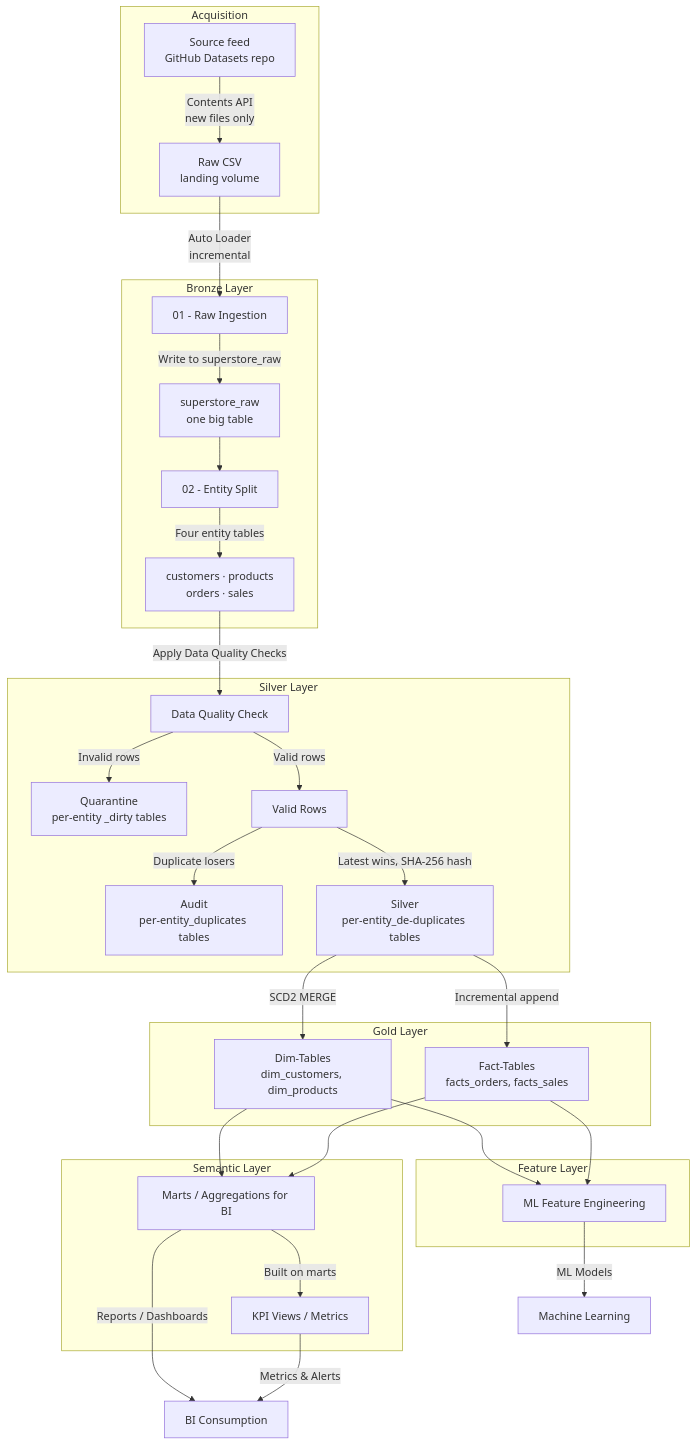
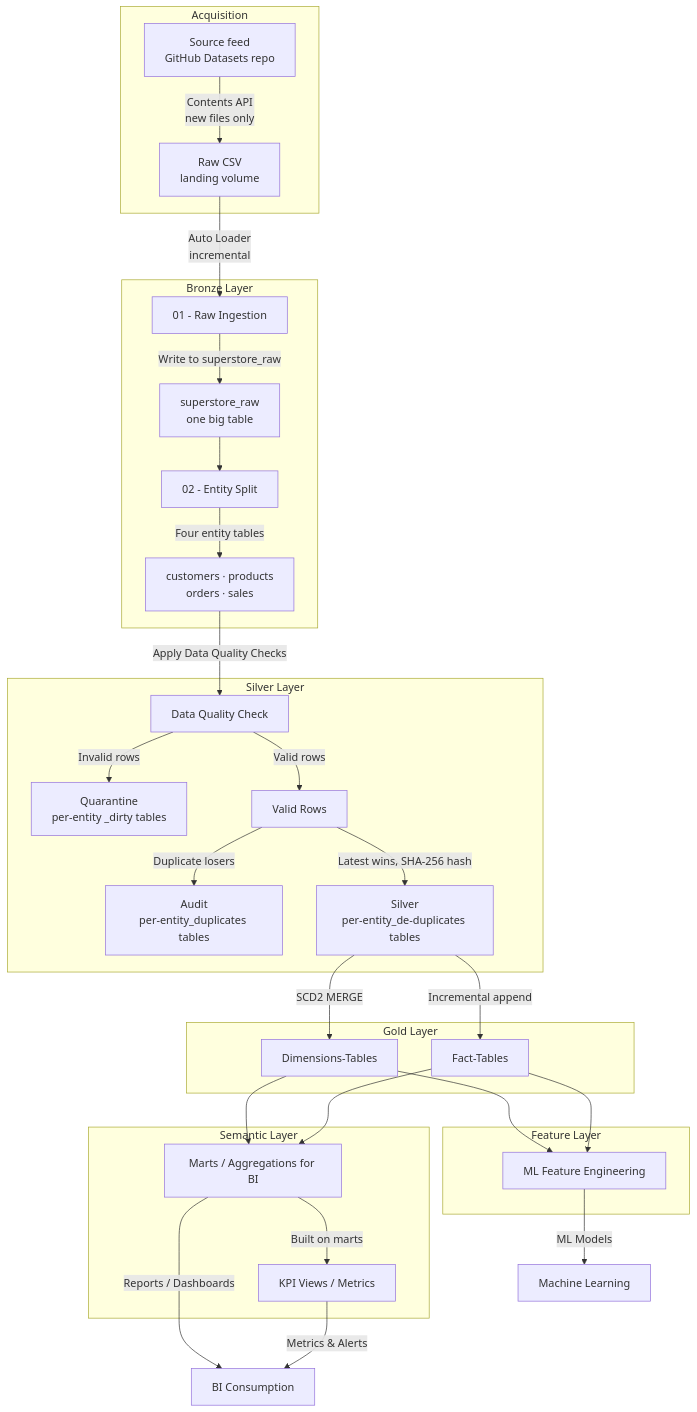
One commit to 111BM/databricks-lakehouse-platform changed the diagram in README.md. Above: the diagram before and after it, drawn with Mermaid.

Commit message:
Updated Architecture

````diff
--- a/README.md
+++ b/README.md
@@ -15,57 +15,57 @@
 ```mermaid
 flowchart TD
     subgraph ACQ[Acquisition]
         SRC[Source feed<br/>GitHub Datasets repo]
         VOL[Raw CSV<br/>landing volume]
         SRC -->|Contents API<br/>new files only| VOL
     end
 
     subgraph BRONZE[Bronze Layer]
         ING[01 - Raw Ingestion]
         RAW["superstore_raw<br/>one big table"]
         SPLIT[02 - Entity Split]
         ENT["customers · products<br/>orders · sales"]
         ING -->|Write to superstore_raw| RAW
         RAW --> SPLIT
         SPLIT -->|Four entity tables| ENT
     end
 
     subgraph SILVER[Silver Layer]
         DQ[Data Quality Check]
         QUAR["Quarantine<br/>per-entity _dirty tables"]
         GOOD[Valid Rows]
         AUD["Audit<br/>per-entity_duplicates tables"]
         SLV["Silver<br/>per-entity_de-duplicates tables"]
         DQ -->|Invalid rows| QUAR
         DQ -->|Valid rows| GOOD
         GOOD -->|Duplicate losers| AUD
         GOOD -->|Latest wins, SHA-256 hash| SLV
     end
 
     subgraph GOLD[Gold Layer]
-        DIM["Dim-Tables<br/>dim_customers, dim_products"]
-        FCT["Fact-Tables<br/>facts_orders, facts_sales"]
+        DIM["Dimensions-Tables"]
+        FCT["Fact-Tables"]
     end
 
     subgraph SEM[Semantic Layer]
         MARTS[Marts / Aggregations for BI]
         KPI[KPI Views / Metrics]
     end
 
     subgraph FEAT[Feature Layer]
         MLF[ML Feature Engineering]
     end
 
     VOL -->|Auto Loader<br/>incremental| ING
     ENT -->|Apply Data Quality Checks| DQ
     SLV -->|SCD2 MERGE| DIM
     SLV -->|Incremental append| FCT
     DIM --> MARTS
     FCT --> MARTS
     DIM --> MLF
     FCT --> MLF
     MARTS -->|Built on marts| KPI
     MARTS -->|Reports / Dashboards| BI[BI Consumption]
     KPI -->|Metrics & Alerts| BI
     MLF -->|ML Models| MLC[Machine Learning]
 ```
````
